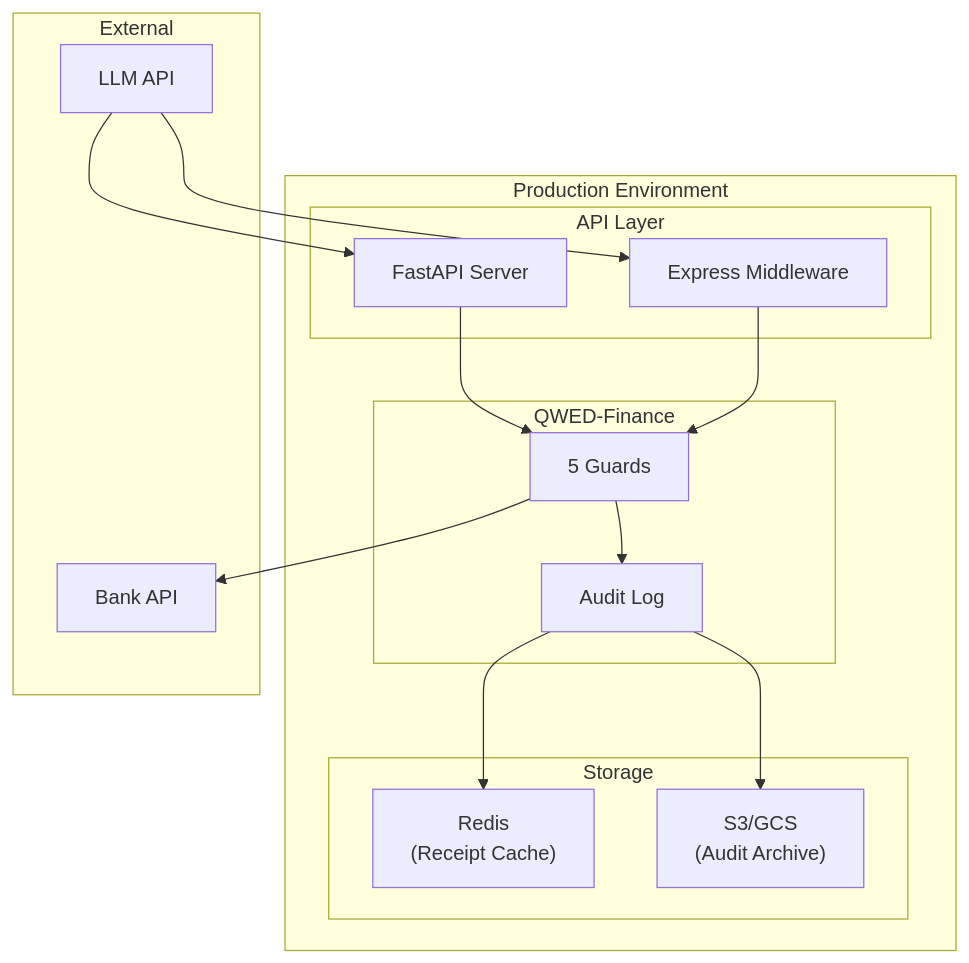
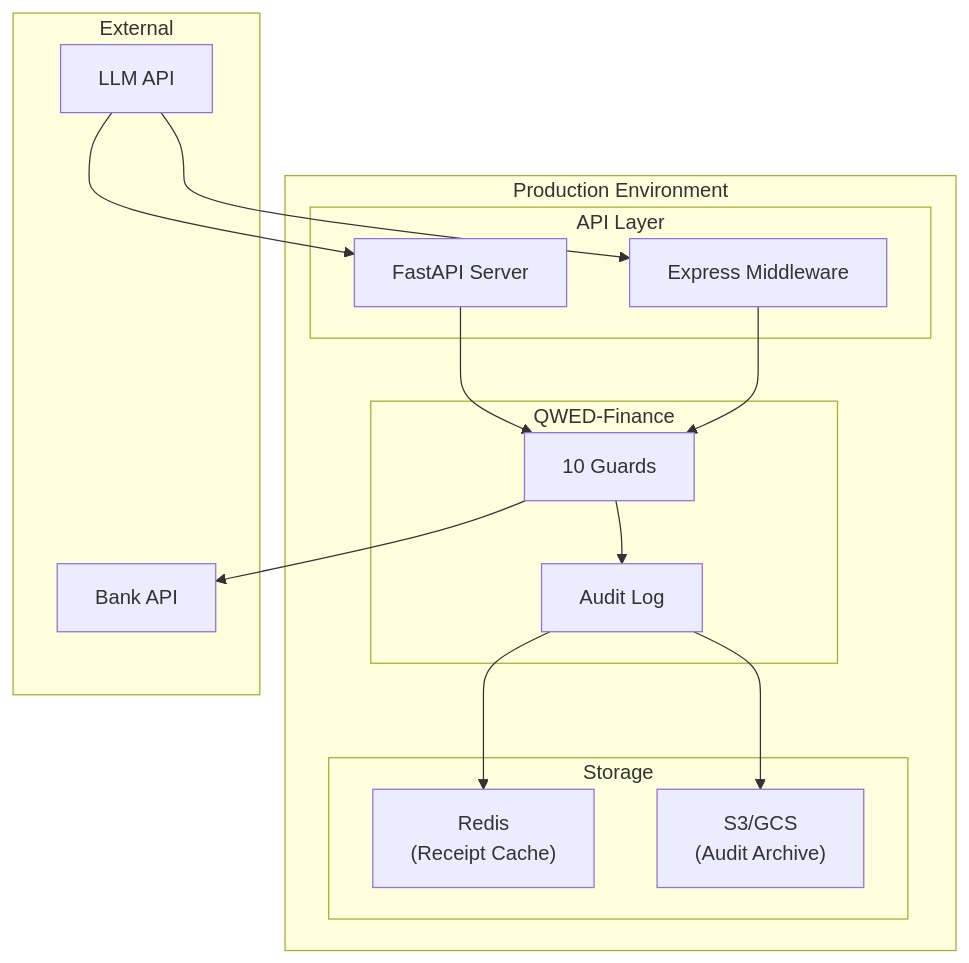
The eighth of 8 diagrams in finance/design.mdx (QWED-AI/docs), drawn with Mermaid before and after one commit. The commit also changed other lines of this file and 144 other files, not shown here.

````diff
--- a/finance/design.mdx
+++ b/finance/design.mdx
@@ -255,33 +255,33 @@
 ```mermaid
 flowchart TB
     subgraph "Production Environment"
         subgraph "API Layer"
             FastAPI["FastAPI Server"]
             Express["Express Middleware"]
         end
         
         subgraph "QWED-Finance"
-            Guards["5 Guards"]
+            Guards["10 Guards"]
             Audit["Audit Log"]
         end
         
         subgraph "Storage"
             Redis["Redis<br/>(Receipt Cache)"]
             S3["S3/GCS<br/>(Audit Archive)"]
         end
     end
     
     subgraph "External"
         LLM["LLM API"]
         Bank["Bank API"]
     end
     
     LLM --> FastAPI
     LLM --> Express
     FastAPI --> Guards
     Express --> Guards
     Guards --> Audit
     Audit --> Redis
     Audit --> S3
     Guards --> Bank
 ```
````
